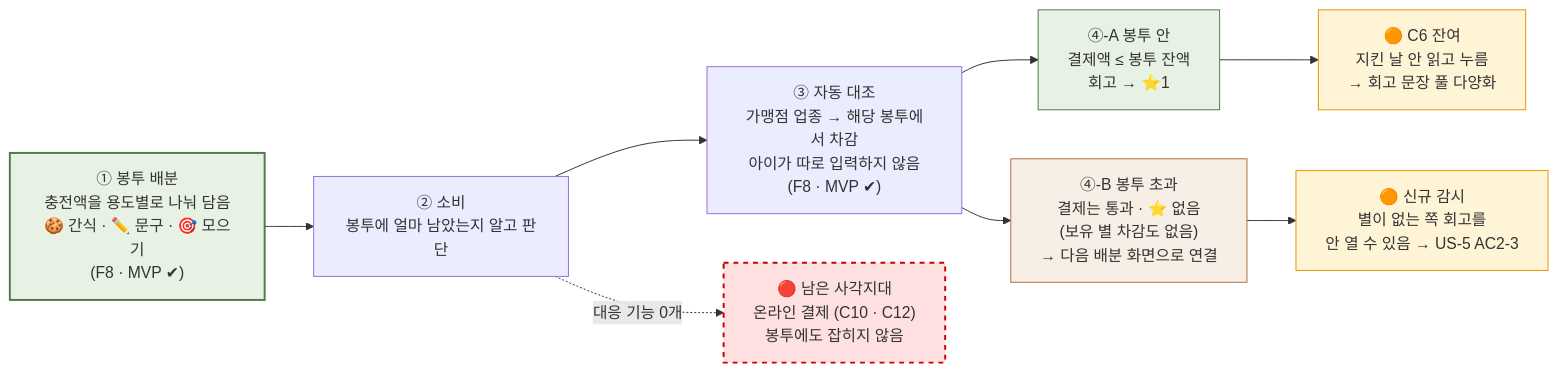
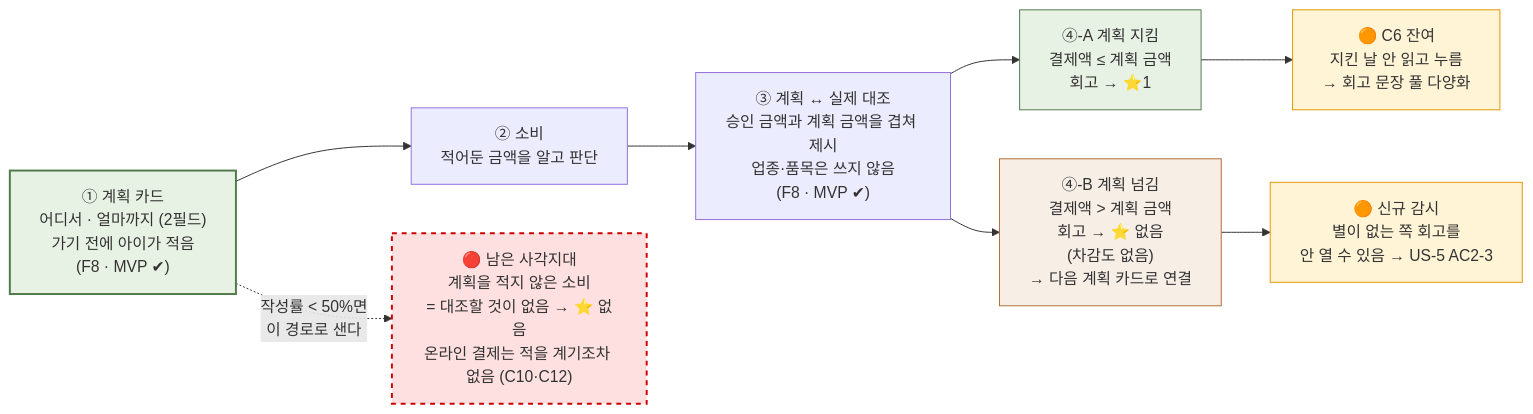
The fifth of 5 diagrams in 공용공간/9. PRD/PRD_핀프렌즈_v0_3.md (scene-one/team1_fin-friends), drawn with Mermaid before and after one commit. The commit also changed other lines of this file and 12 other files, not shown here.

````diff
--- a/공용공간/9. PRD/PRD_핀프렌즈_v0_3.md
+++ b/공용공간/9. PRD/PRD_핀프렌즈_v0_3.md
@@ -1367,24 +952,24 @@
 ```mermaid
 flowchart LR
-    S1["① 봉투 배분<br/>충전액을 용도별로 나눠 담음<br/>🍪 간식 · ✏️ 문구 · 🎯 모으기<br/>(F8 · MVP ✔)"] --> S2
+    S1["① 계획 카드<br/>어디서 · 얼마까지 (2필드)<br/>가기 전에 아이가 적음<br/>(F8 · MVP ✔)"] --> S2
 
-    S2["② 소비<br/>봉투에 얼마 남았는지 알고 판단"] --> S3
+    S2["② 소비<br/>적어둔 금액을 알고 판단"] --> S3
 
-    S3["③ 자동 대조<br/>가맹점 업종 → 해당 봉투에서 차감<br/>아이가 따로 입력하지 않음<br/>(F8 · MVP ✔)"]
+    S3["③ 계획 ↔ 실제 대조<br/>승인 금액과 계획 금액을 겹쳐 제시<br/>업종·품목은 쓰지 않음<br/>(F8 · MVP ✔)"]
 
-    S3 --> S4A["④-A 봉투 안<br/>결제액 ≤ 봉투 잔액<br/>회고 → ⭐1"]
-    S3 --> S4B["④-B 봉투 초과<br/>결제는 통과 · ⭐ 없음<br/>(보유 별 차감도 없음)<br/>→ 다음 배분 화면으로 연결"]
+    S3 --> S4A["④-A 계획 지킴<br/>결제액 ≤ 계획 금액<br/>회고 → ⭐1"]
+    S3 --> S4B["④-B 계획 넘김<br/>결제액 > 계획 금액<br/>회고 → ⭐ 없음<br/>(차감도 없음)<br/>→ 다음 계획 카드로 연결"]
 
     S4A --> RISK["🟠 C6 잔여<br/>지킨 날 안 읽고 누름<br/>→ 회고 문장 풀 다양화"]
     S4B --> RISK2["🟠 신규 감시<br/>별이 없는 쪽 회고를<br/>안 열 수 있음 → US-5 AC2-3"]
 
-    GAP["🔴 남은 사각지대<br/>온라인 결제 (C10 · C12)<br/>봉투에도 잡히지 않음"]
-    S2 -.->|"대응 기능 0개"| GAP
+    GAP["🔴 남은 사각지대<br/>계획을 적지 않은 소비<br/>= 대조할 것이 없음 → ⭐ 없음<br/>온라인 결제는 적을 계기조차 없음 (C10·C12)"]
+    S1 -.->|"작성률 < 50%면<br/>이 경로로 샌다"| GAP
 
     style GAP fill:#ffe0e0,stroke:#c00,stroke-width:2px,stroke-dasharray: 5 5
     style S1 fill:#e8f2e4,stroke:#4F7A4A,stroke-width:2px
     style RISK fill:#fff4d6,stroke:#e69500
     style RISK2 fill:#fff4d6,stroke:#e69500
     style S4A fill:#e8f2e4,stroke:#4F7A4A
     style S4B fill:#f7eee6,stroke:#B36B3A
 ```
````
